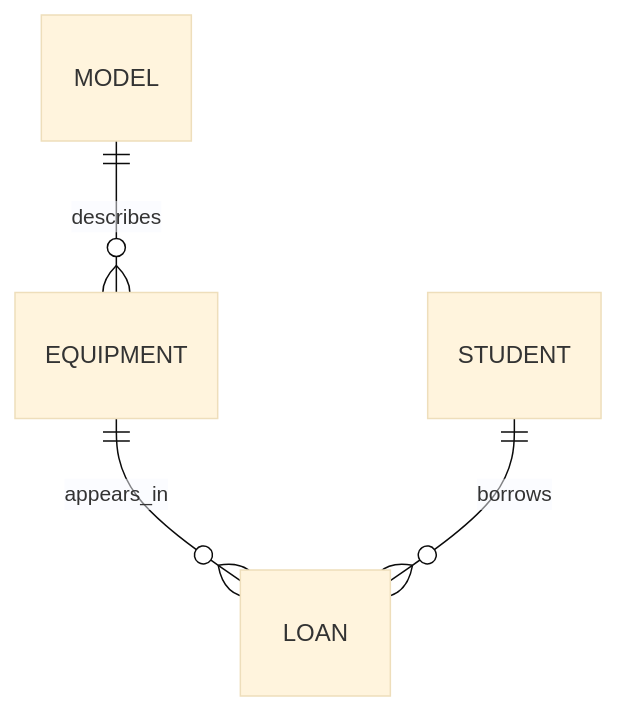
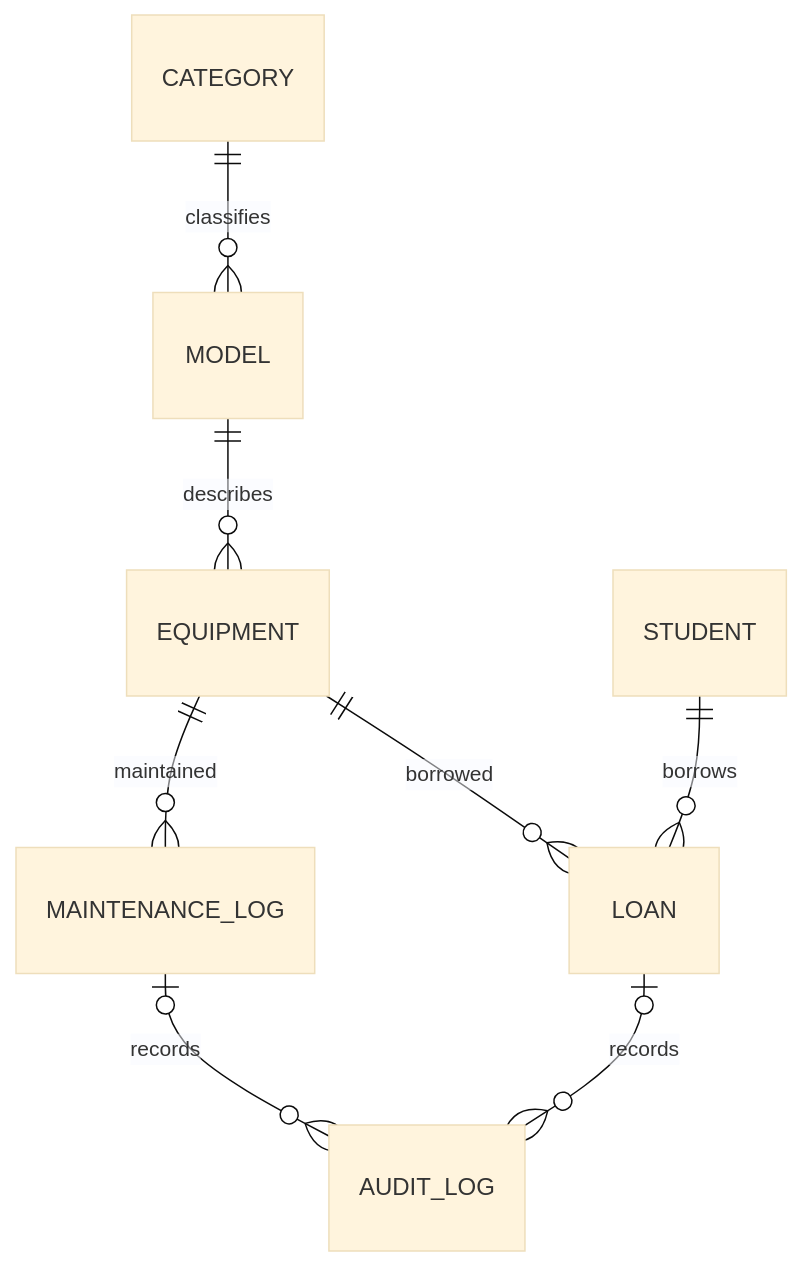
The diagram in dsc5003-organized/code/README.md (DONGZiwen11/dsc5003-campus-equipment), drawn with Mermaid (base theme) before and after one commit. The commit also changed other lines of this file and 5 other files, not shown here.

````diff
--- a/dsc5003-organized/code/README.md
+++ b/dsc5003-organized/code/README.md
@@ -28,6 +33,10 @@
 ```mermaid
 erDiagram
+    CATEGORY ||--o{ MODEL : classifies
     MODEL ||--o{ EQUIPMENT : describes
-    EQUIPMENT ||--o{ LOAN : appears_in
+    EQUIPMENT ||--o{ LOAN : borrowed
     STUDENT ||--o{ LOAN : borrows
+    EQUIPMENT ||--o{ MAINTENANCE_LOG : maintained
+    LOAN o|--o{ AUDIT_LOG : records
+    MAINTENANCE_LOG o|--o{ AUDIT_LOG : records
 ```
````
